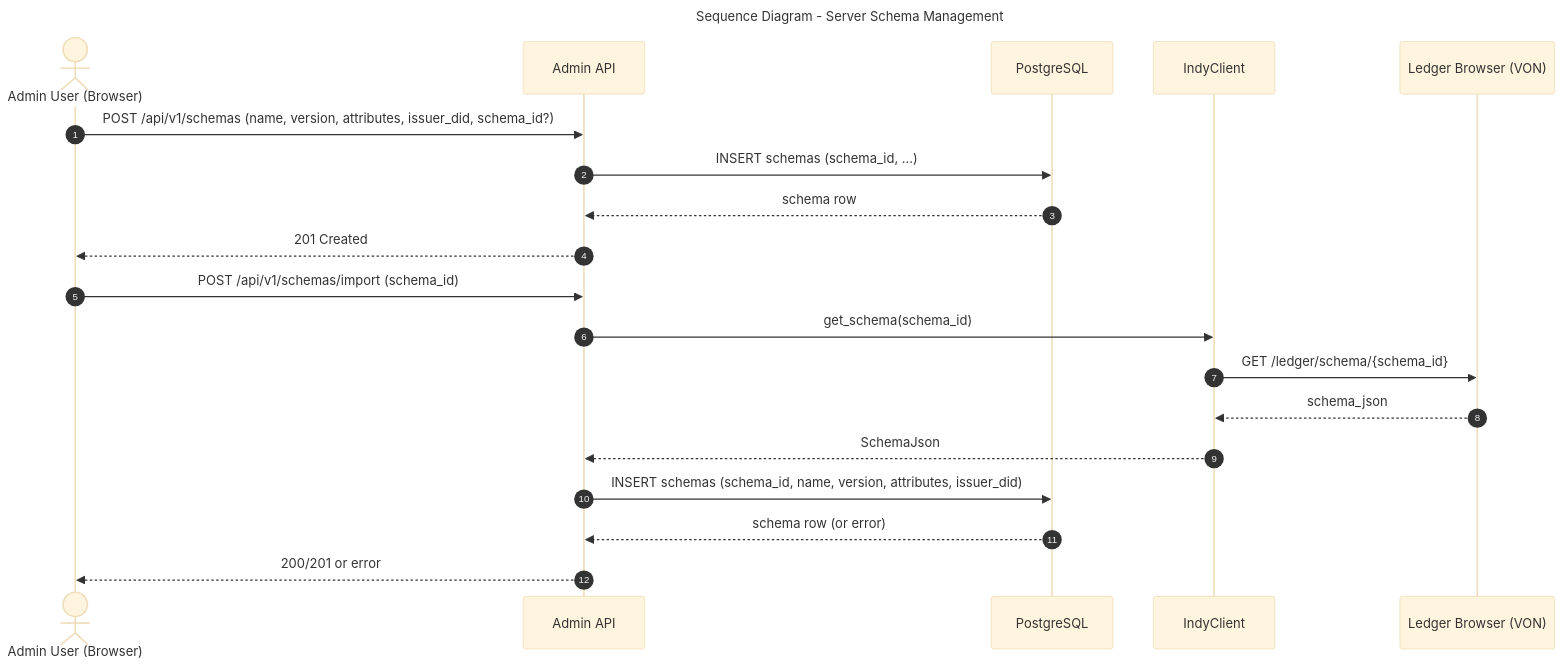
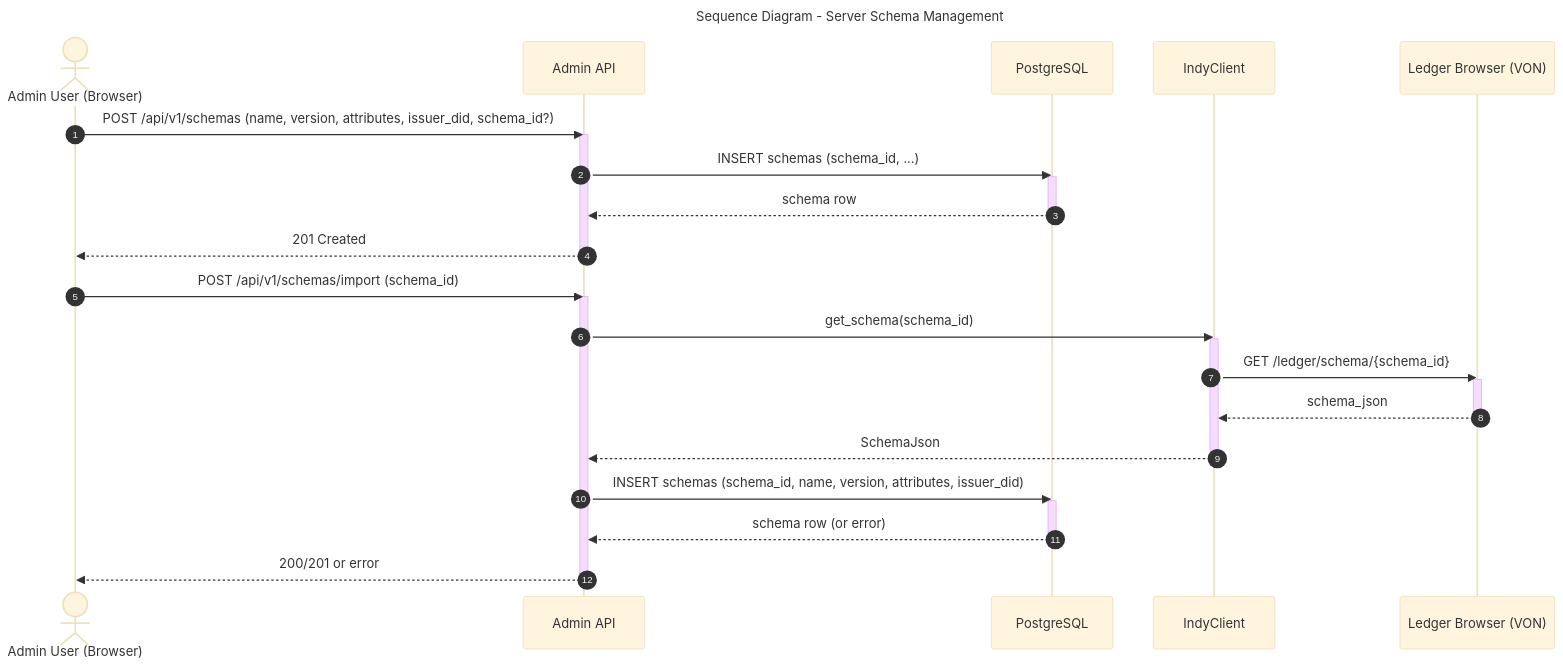
The diagram in diagrams/sequence-server-schema-management.mmd (CHATEAUFORGE-LLC/QuantumZero), drawn with Mermaid before and after one commit. The commit also changed 41 other files, not shown here.

Commit message:
Standardized all sequence diagrams, and refactored everything to ensure UML compliance, unification of content and design of key diagrams

```diff
--- a/diagrams/sequence-server-schema-management.mmd
+++ b/diagrams/sequence-server-schema-management.mmd
@@ -1,26 +1,41 @@
 ---
 title: Sequence Diagram - Server Schema Management
 config:
   theme: base
 ---
 %% QuantumZero UML palette note: actors/external=#fff7e6/#b45309, system/component=#e0f2fe/#075985, datastore=#ecfccb/#4d7c0f, notes=#fff9c4/#d97706. Aligns diagrams to Deliverable 1 UML/DFD theme.
 %% Implements: QuantumZero-server/services/admin-api/src/handlers.rs (schemas endpoints + import)
 sequenceDiagram
- autonumber
- actor Admin as Admin User (Browser)
- participant API as Admin API
- participant DB as PostgreSQL
- participant Indy as IndyClient
- participant Ledger as Ledger Browser (VON)
- Admin->>API: POST /api/v1/schemas (name, version, attributes, issuer_did, schema_id?)
- API->>DB: INSERT schemas (schema_id, ...)
- DB-->>API: schema row
- API-->>Admin: 201 Created
- Admin->>API: POST /api/v1/schemas/import (schema_id)
- API->>Indy: get_schema(schema_id)
- Indy->>Ledger: GET /ledger/schema/{schema_id}
- Ledger-->>Indy: schema_json
- Indy-->>API: SchemaJson
- API->>DB: INSERT schemas (schema_id, name, version, attributes, issuer_did)
- DB-->>API: schema row (or error)
- API-->>Admin: 200/201 or error
+  autonumber
+  actor Admin as Admin User (Browser)
+  participant API as Admin API
+  participant DB as PostgreSQL
+  participant Indy as IndyClient
+  participant Ledger as Ledger Browser (VON)
+
+  Admin->>API: POST /api/v1/schemas (name, version, attributes, issuer_did, schema_id?)
+  activate API
+  API->>DB: INSERT schemas (schema_id, ...)
+  activate DB
+  DB-->>API: schema row
+  deactivate DB
+  API-->>Admin: 201 Created
+  deactivate API
+
+  Admin->>API: POST /api/v1/schemas/import (schema_id)
+  activate API
+  API->>Indy: get_schema(schema_id)
+  activate Indy
+  Indy->>Ledger: GET /ledger/schema/{schema_id}
+  activate Ledger
+  Ledger-->>Indy: schema_json
+  deactivate Ledger
+  Indy-->>API: SchemaJson
+  deactivate Indy
+
+  API->>DB: INSERT schemas (schema_id, name, version, attributes, issuer_did)
+  activate DB
+  DB-->>API: schema row (or error)
+  deactivate DB
+  API-->>Admin: 200/201 or error
+  deactivate API
```
